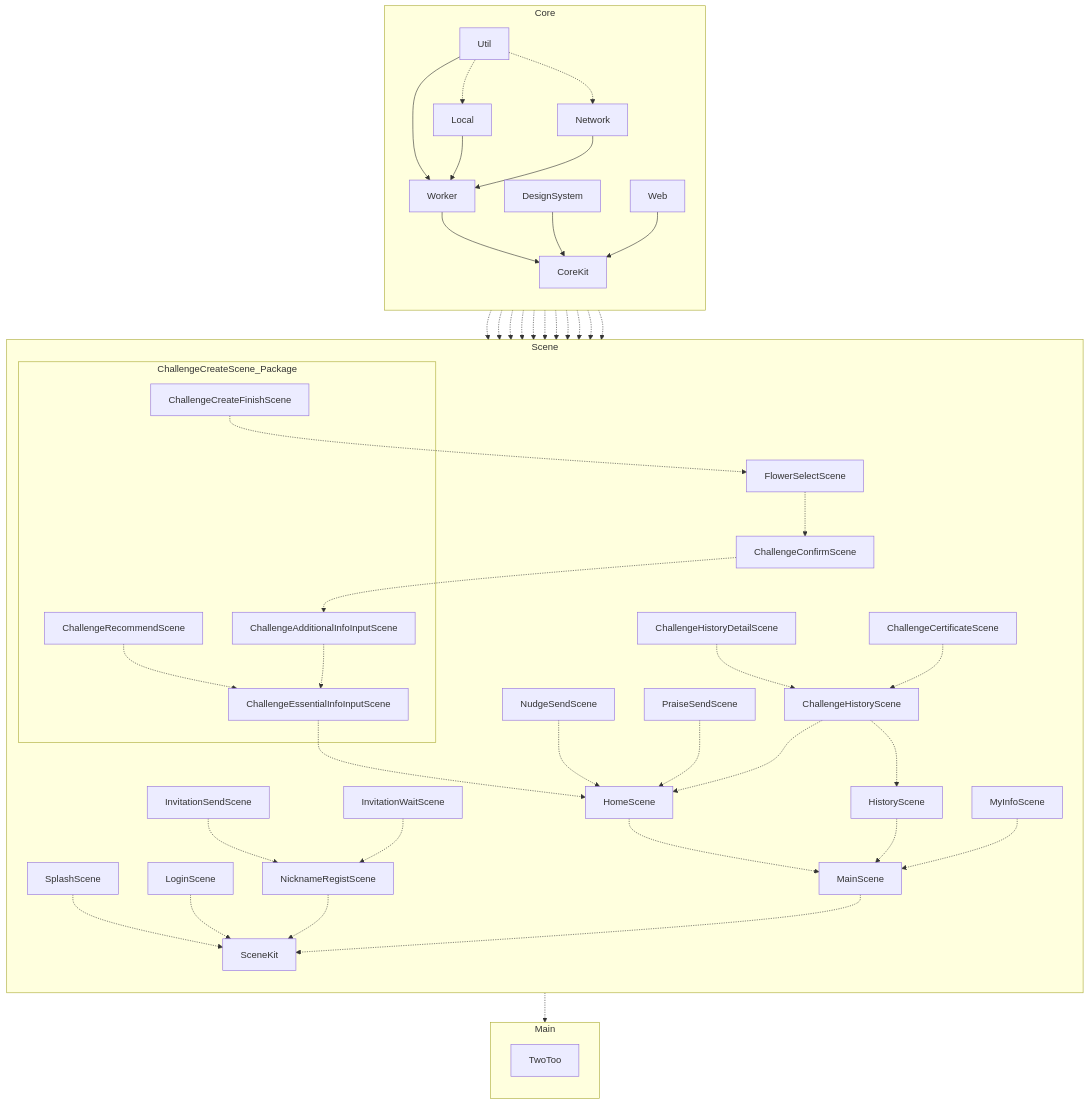
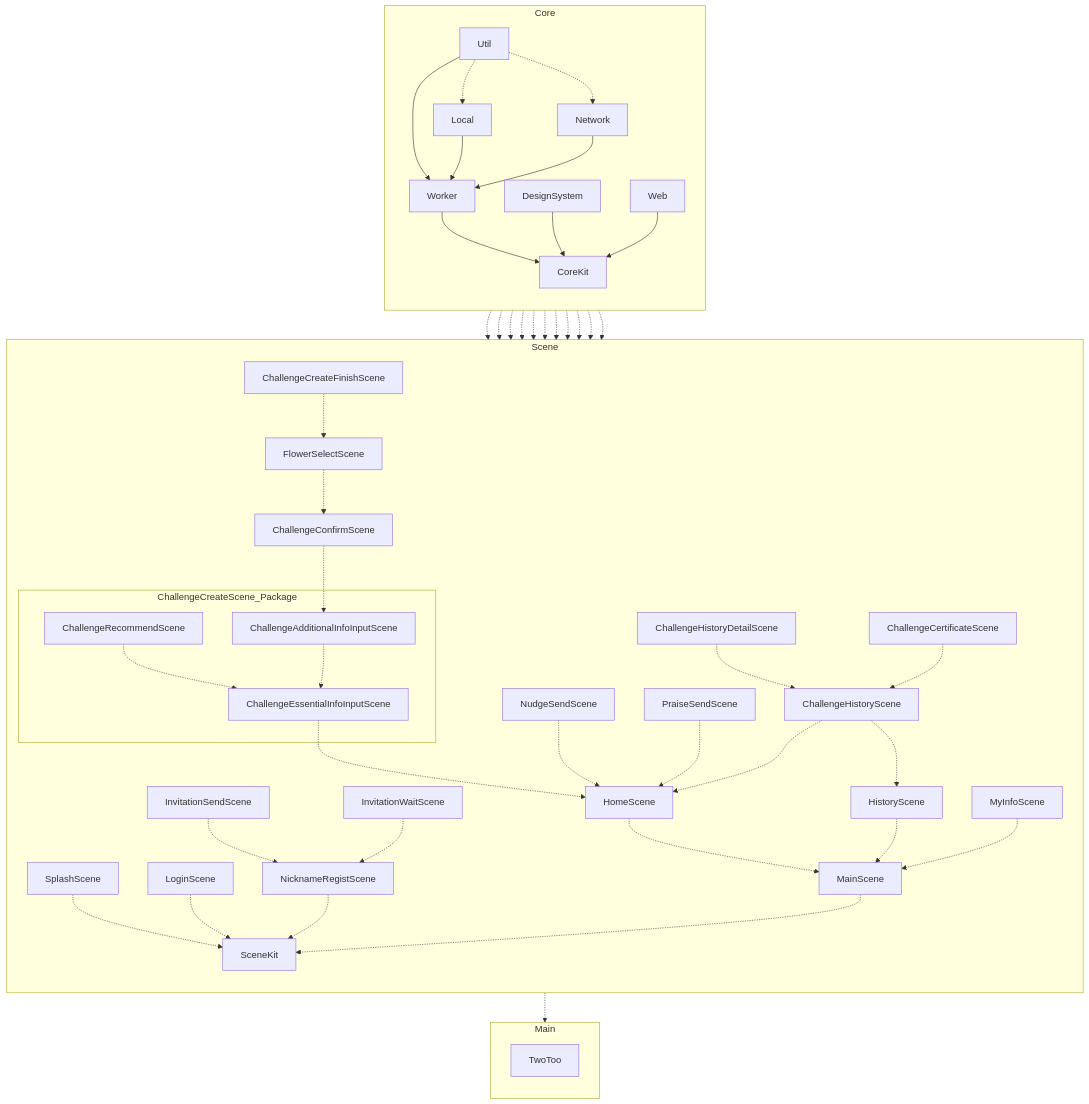
One commit to mash-up-kr/TwoToo_iOS changed the diagram in README.md. Above: the diagram before and after it, drawn with Mermaid.

Commit message:
🐛 모듈 구조 그래프 설계 이슈 수정

````diff
--- a/README.md
+++ b/README.md
@@ -13,68 +13,67 @@
 ```mermaid
 graph 
     direction TB
     subgraph Core
         direction TB
         CoreKit
         DesignSystem
         Network
         Util
         Local
         Worker
         Web
     end
     subgraph Scene
         direction TB
         SceneKit
         SplashScene
         LoginScene
         NicknameRegistScene
         InvitationSendScene
         InvitationWaitScene
         MainScene
         HomeScene
         ChallengeEssentialInfoInputScene
         ChallengeAdditionalInfoInputScene
         ChallengeRecommendScene
         ChallengeConfirmScene
         FlowerSelectScene
         ChallengeCreateFinishScene
         ChallengeCertificateScene
         ChallengeHistoryScene
         ChallengeHistoryDetailScene
         NudgeSendScene
         PraiseSendScene
         HistoryScene
         MyInfoScene
 
         subgraph ChallengeCreateScene_Package
             ChallengeEssentialInfoInputScene
             ChallengeAdditionalInfoInputScene
             ChallengeRecommendScene
-            ChallengeCreateFinishScene
         end
 
     end
     subgraph Main
         direction TB
         TwoToo
     end
 
     Util -.-> Local
     Util -.-> Network
     Util & Local & Network --> Worker
     Worker & DesignSystem & Web --> CoreKit
     SplashScene & LoginScene & NicknameRegistScene & MainScene -.-> SceneKit
     InvitationSendScene & InvitationWaitScene -.-> NicknameRegistScene
     HomeScene & HistoryScene & MyInfoScene -.-> MainScene
     ChallengeRecommendScene & ChallengeAdditionalInfoInputScene -.-> ChallengeEssentialInfoInputScene
     ChallengeCreateFinishScene -.-> FlowerSelectScene
     ChallengeHistoryDetailScene -.-> ChallengeHistoryScene
     ChallengeCertificateScene -.-> ChallengeHistoryScene
     ChallengeEssentialInfoInputScene & ChallengeHistoryScene & NudgeSendScene & PraiseSendScene -.-> HomeScene
     ChallengeHistoryScene -.-> HistoryScene
     ChallengeConfirmScene -.-> ChallengeAdditionalInfoInputScene
     FlowerSelectScene -.-> ChallengeConfirmScene
     CoreKit -.-> ChallengeCreateFinishScene & ChallengeRecommendScene & MyInfoScene & PraiseSendScene & ChallengeCertificateScene & ChallengeHistoryDetailScene & NudgeSendScene & SplashScene & LoginScene & InvitationSendScene & InvitationWaitScene
     SceneKit -.-> TwoToo
 ```
````
